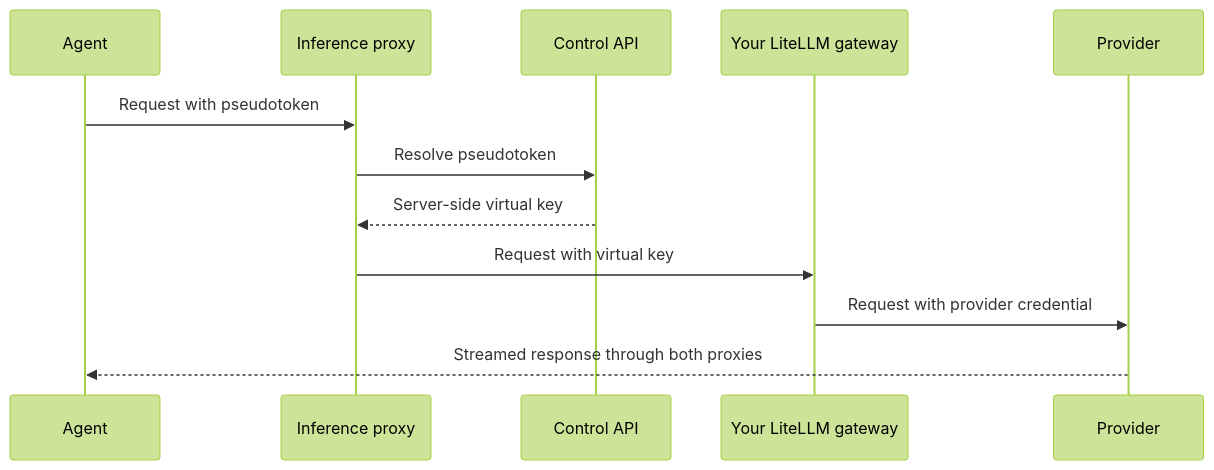
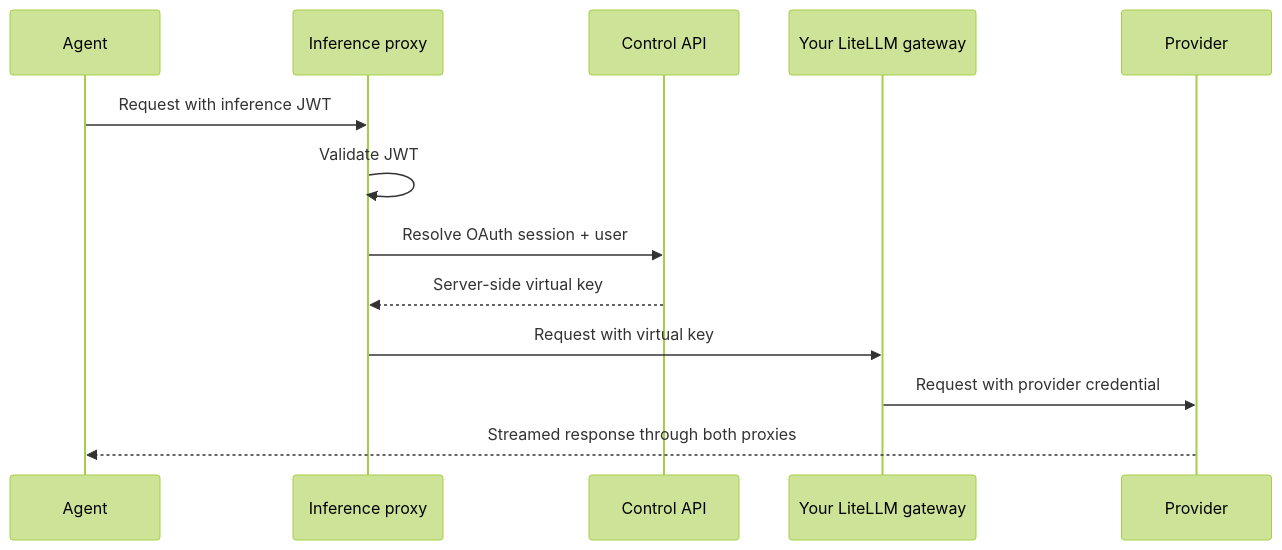
The third of 3 diagrams in apps/docs/next/concepts/architecture.mdx (BlocksOrg/blue), drawn with Mermaid (forest theme) before and after one commit. The commit also changed other lines of this file and 17 other files, not shown here.

Commit message:
docs(gateway): document session-bound inference auth

````diff
--- a/apps/docs/next/concepts/architecture.mdx
+++ b/apps/docs/next/concepts/architecture.mdx
@@ -55,14 +55,15 @@
 ```mermaid
 sequenceDiagram
   participant Agent
   participant Proxy as Inference proxy
   participant API as Control API
   participant LiteLLM as Your LiteLLM gateway
   participant Provider
-  Agent->>Proxy: Request with pseudotoken
-  Proxy->>API: Resolve pseudotoken
+  Agent->>Proxy: Request with inference JWT
+  Proxy->>Proxy: Validate JWT
+  Proxy->>API: Resolve OAuth session + user
   API-->>Proxy: Server-side virtual key
   Proxy->>LiteLLM: Request with virtual key
   LiteLLM->>Provider: Request with provider credential
   Provider-->>Agent: Streamed response through both proxies
 ```
````
